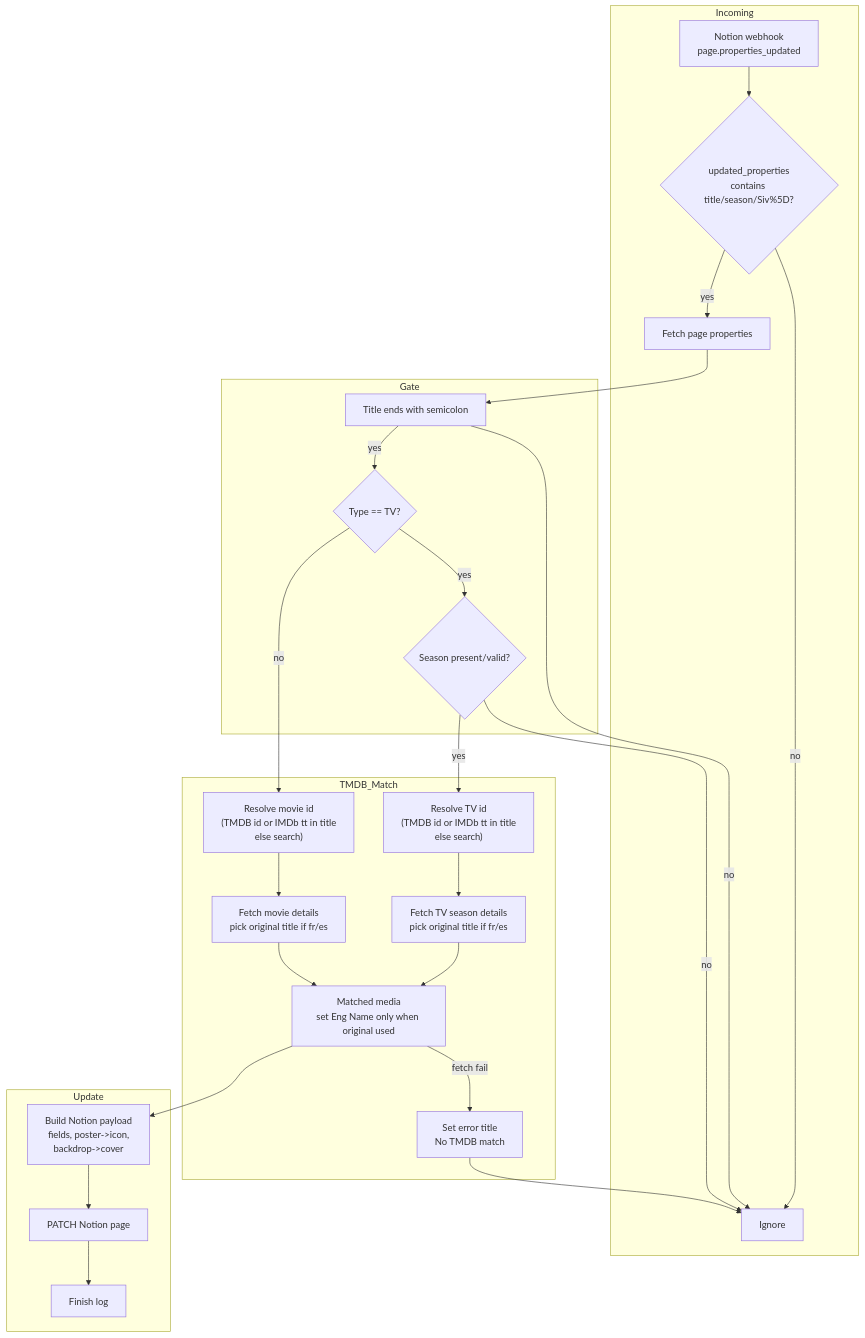
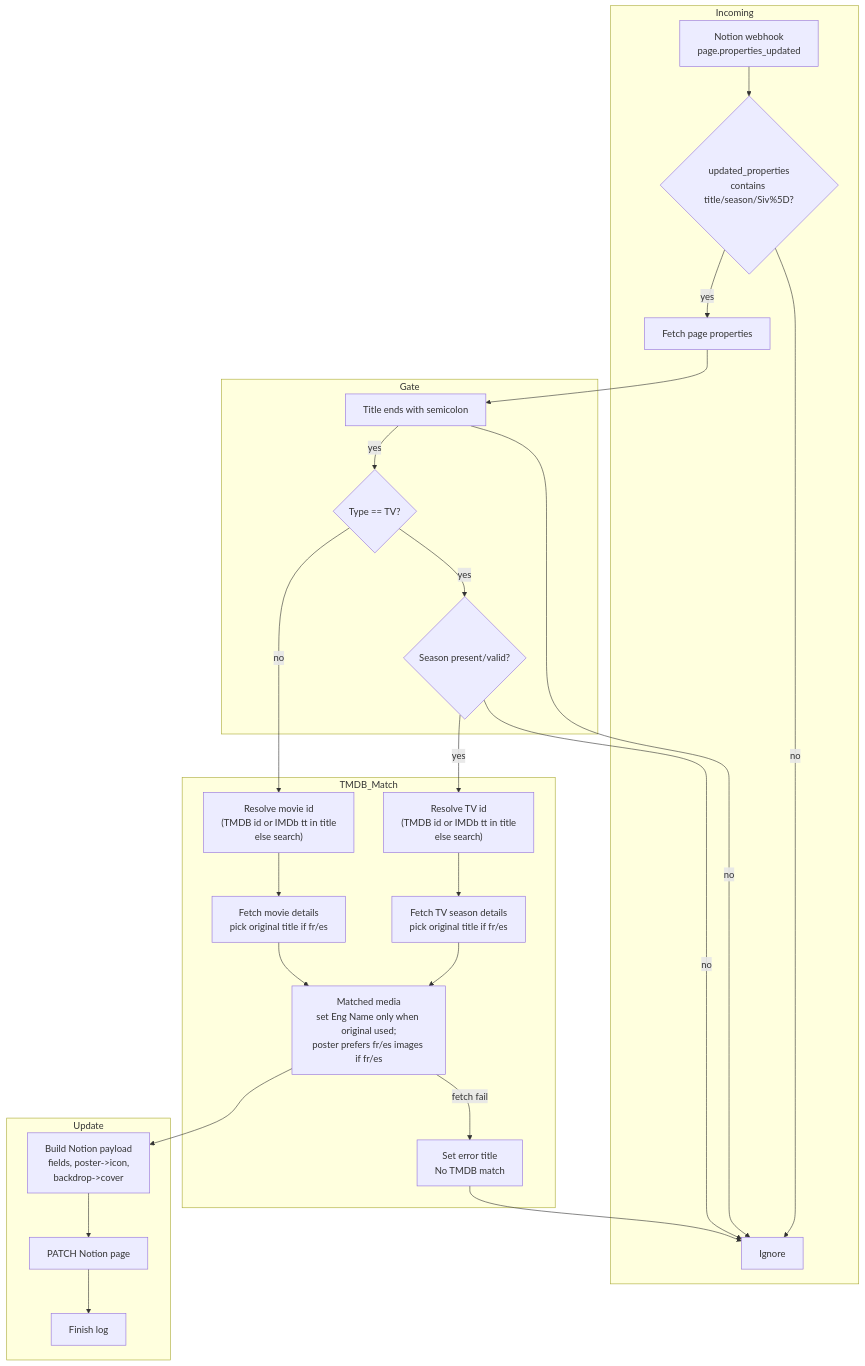
The diagram in docs/workflow_v2.md (BattermanZ/CineLink), drawn with Mermaid before and after one commit. The commit also changed 5 other files, not shown here.

````diff
--- a/docs/workflow_v2.md
+++ b/docs/workflow_v2.md
@@ -3,33 +3,33 @@
 ```mermaid
 flowchart TD
     subgraph Incoming
         A["Notion webhook<br/>page.properties_updated"] --> B{updated_properties<br/>contains title/season/Siv%5D?}
         B -- "no" --> Z[Ignore]
         B -- "yes" --> C[Fetch page properties]
     end
 
     subgraph Gate
         C --> D[Title ends with semicolon]
         D -- "no" --> Z
         D -- "yes" --> E{Type == TV?}
         E -- "yes" --> F{Season present/valid?}
         F -- "no" --> Z
     end
 
     subgraph TMDB_Match
         E -- "no" --> G["Resolve movie id<br/>(TMDB id or IMDb tt in title<br/>else search)"]
         F -- "yes" --> H["Resolve TV id<br/>(TMDB id or IMDb tt in title<br/>else search)"]
         G --> I[Fetch movie details<br/>pick original title if fr/es]
         H --> J[Fetch TV season details<br/>pick original title if fr/es]
-        I --> K[Matched media<br/>set Eng Name only when original used]
+        I --> K[Matched media<br/>set Eng Name only when original used;<br/>poster prefers fr/es images if fr/es]
         J --> K
         K -- "fetch fail" --> L["Set error title<br/>No TMDB match"]
         L --> Z
     end
 
     subgraph Update
         K --> M["Build Notion payload<br/>fields, poster->icon,<br/>backdrop->cover"]
         M --> N[PATCH Notion page]
         N --> O[Finish log]
     end
 ```
````
